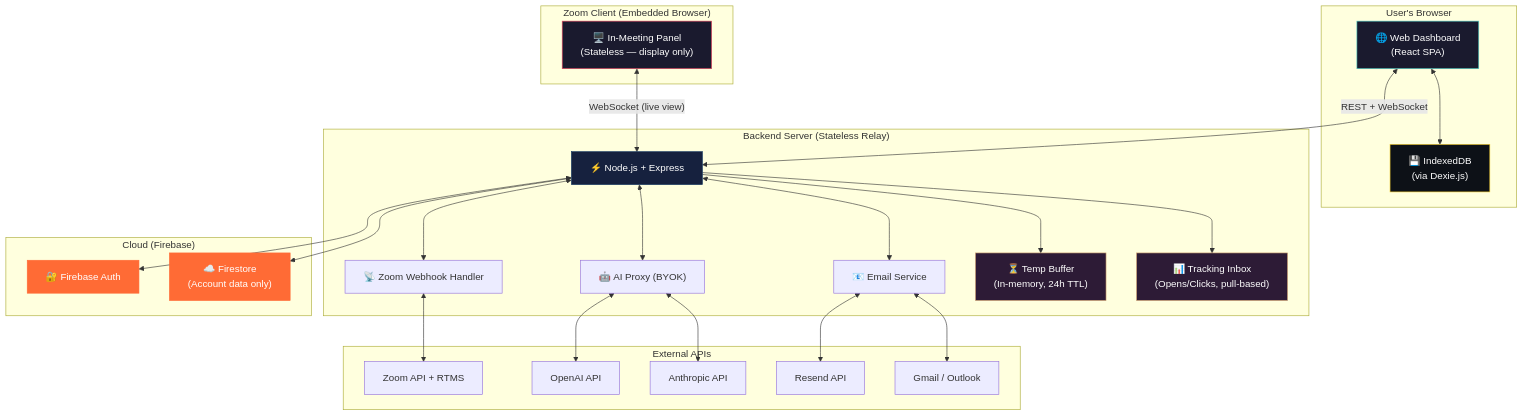
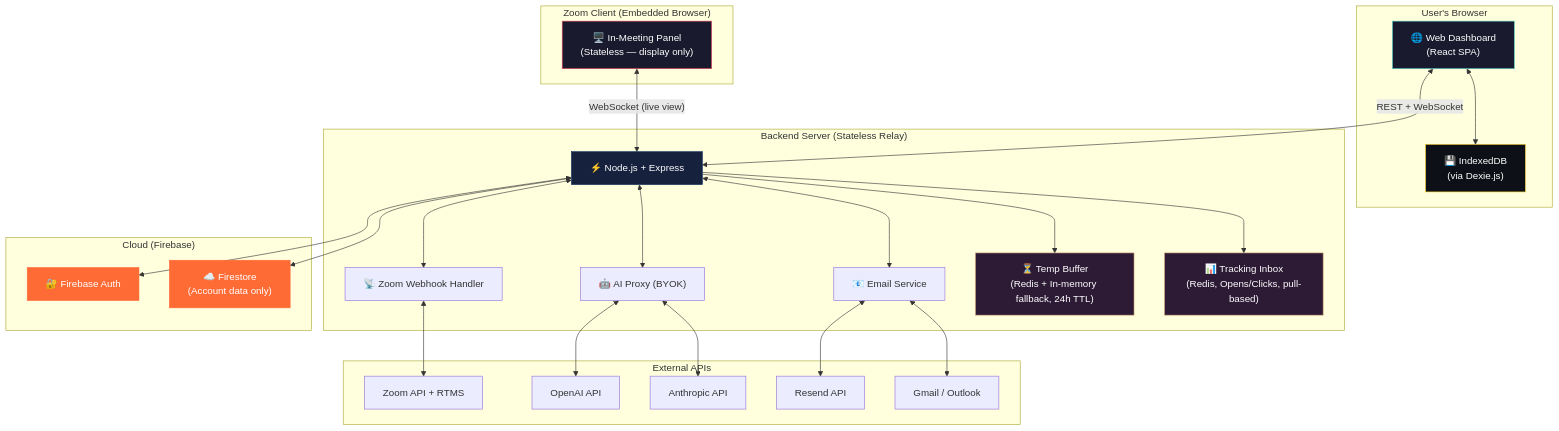
The first of 4 diagrams in README.md (akshatsha5ill/dealforge), drawn with Mermaid before and after one commit. The commit also changed other lines of this file and 170 other files, not shown here.

````diff
--- a/README.md
+++ b/README.md
@@ -57,58 +57,58 @@
 ```mermaid
 graph TB
     subgraph "Zoom Client (Embedded Browser)"
         ZP["🖥️ In-Meeting Panel<br/>(Stateless — display only)"]
     end
 
     subgraph "User's Browser"
         WD["🌐 Web Dashboard<br/>(React SPA)"]
         IDB["💾 IndexedDB<br/>(via Dexie.js)"]
     end
 
     subgraph "Backend Server (Stateless Relay)"
         API["⚡ Node.js + Express"]
         WH["📡 Zoom Webhook Handler"]
         AI["🤖 AI Proxy (BYOK)"]
         EM["📧 Email Service"]
-        BUF["⏳ Temp Buffer<br/>(In-memory, 24h TTL)"]
-        TRK["📊 Tracking Inbox<br/>(Opens/Clicks, pull-based)"]
+        BUF["⏳ Temp Buffer<br/>(Redis + In-memory fallback, 24h TTL)"]
+        TRK["📊 Tracking Inbox<br/>(Redis, Opens/Clicks, pull-based)"]
     end
 
     subgraph "Cloud (Firebase)"
         FA["🔐 Firebase Auth"]
         FS["☁️ Firestore<br/>(Account data only)"]
     end
 
     subgraph "External APIs"
         ZOOM["Zoom API + RTMS"]
         OAI["OpenAI API"]
         ANT["Anthropic API"]
         RS["Resend API"]
         GM["Gmail / Outlook"]
     end
 
     ZP <-->|"WebSocket (live view)"| API
     WD <-->|"REST + WebSocket"| API
     WD <--> IDB
     API --> BUF
     API --> TRK
     API <--> WH
     API <--> AI
     API <--> EM
     API <--> FA
     API <--> FS
     WH <--> ZOOM
     AI <--> OAI
     AI <--> ANT
     EM <--> RS
     EM <--> GM
 
     style ZP fill:#1a1a2e,stroke:#e94560,color:#fff
     style WD fill:#1a1a2e,stroke:#4ecdc4,color:#fff
     style IDB fill:#0d1117,stroke:#f0c929,color:#fff
     style BUF fill:#2d1b36,stroke:#d4a574,color:#fff
     style TRK fill:#2d1b36,stroke:#d4a574,color:#fff
     style API fill:#16213e,stroke:#0f3460,color:#fff
     style FA fill:#ff6b35,stroke:#ff6b35,color:#fff
     style FS fill:#ff6b35,stroke:#ff6b35,color:#fff
 ```
````
